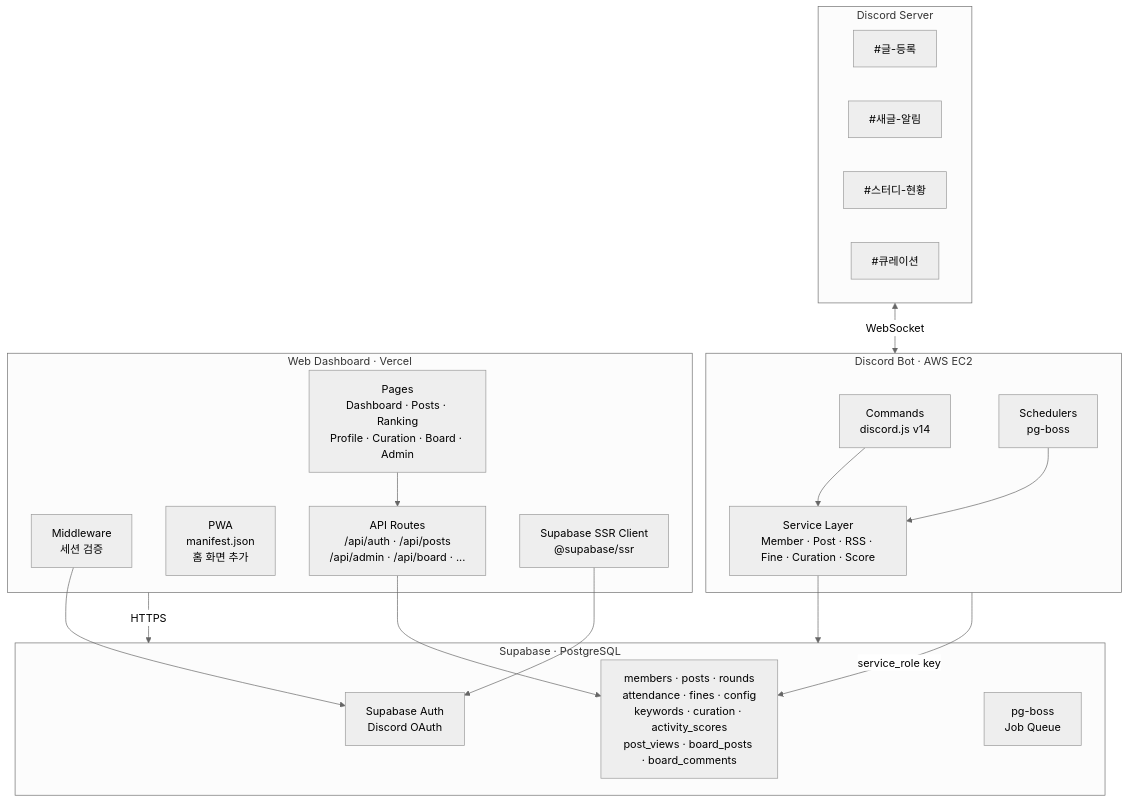
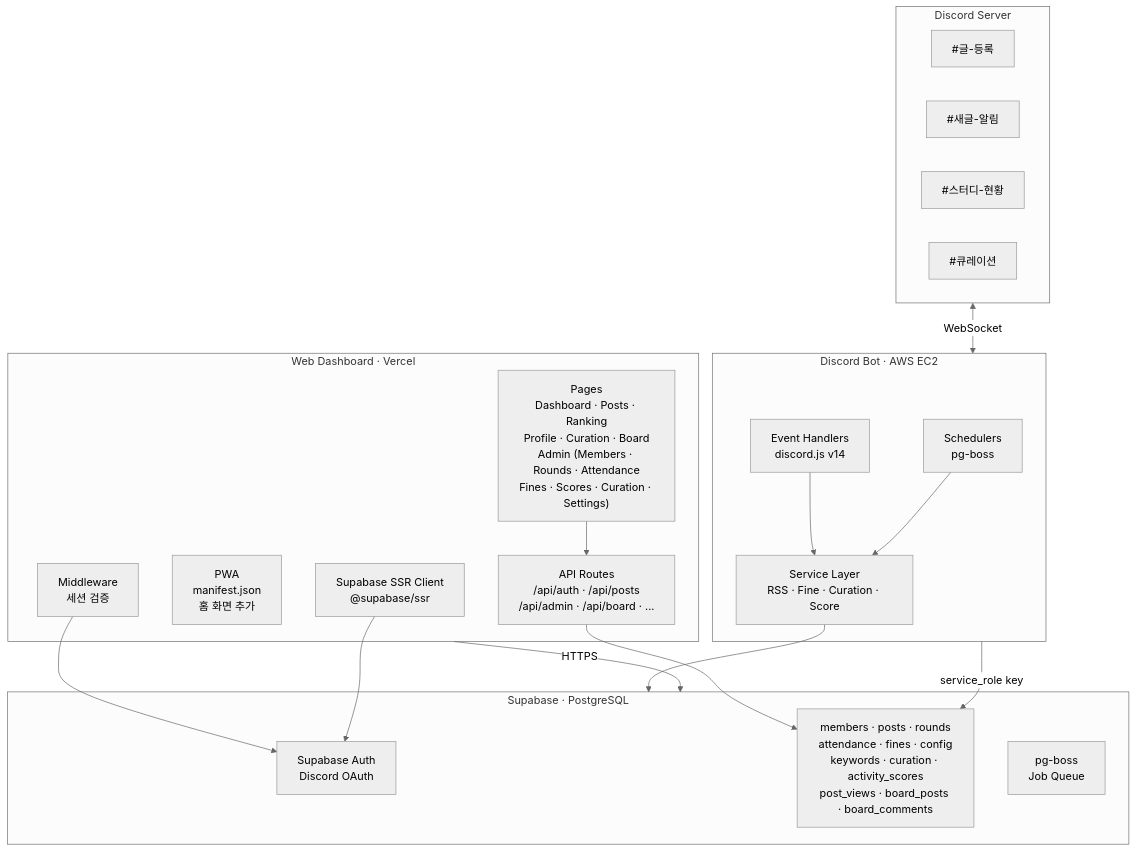
One commit to bbbang105/study-admin changed the first of 9 diagrams in docs/ARCHITECTURE.md. Above: the diagram before and after it, drawn with Mermaid (neutral theme). The commit also changed other lines of this file and 41 other files, not shown here.

````diff
--- a/docs/ARCHITECTURE.md
+++ b/docs/ARCHITECTURE.md
@@ -9,41 +9,41 @@
 ```mermaid
 graph TB
     subgraph Discord["Discord Server"]
         CH1["#글-등록"]
         CH2["#새글-알림"]
         CH3["#스터디-현황"]
         CH4["#큐레이션"]
     end
 
     subgraph Bot["Discord Bot · AWS EC2"]
-        CMD["Commands<br/>discord.js v14"]
         SCH["Schedulers<br/>pg-boss"]
-        SVC["Service Layer<br/>Member · Post · RSS · Fine · Curation · Score"]
+        EVT["Event Handlers<br/>discord.js v14"]
+        SVC["Service Layer<br/>RSS · Fine · Curation · Score"]
     end
 
     subgraph DB["Supabase · PostgreSQL"]
         AUTH["Supabase Auth<br/>Discord OAuth"]
         TABLES["members · posts · rounds<br/>attendance · fines · config<br/>keywords · curation · activity_scores<br/>post_views · board_posts · board_comments"]
         PGBOSS["pg-boss<br/>Job Queue"]
     end
 
     subgraph Web["Web Dashboard · Vercel"]
         MW["Middleware<br/>세션 검증"]
-        PAGES["Pages<br/>Dashboard · Posts · Ranking<br/>Profile · Curation · Board · Admin"]
+        PAGES["Pages<br/>Dashboard · Posts · Ranking<br/>Profile · Curation · Board<br/>Admin (Members · Rounds · Attendance<br/>Fines · Scores · Curation · Settings)"]
         PWA["PWA<br/>manifest.json<br/>홈 화면 추가"]
         API["API Routes<br/>/api/auth · /api/posts<br/>/api/admin · /api/board · ..."]
         SUPA_CLIENT["Supabase SSR Client<br/>@supabase/ssr"]
     end
 
     Discord <-->|WebSocket| Bot
-    CMD --> SVC
+    EVT --> SVC
     SCH --> SVC
     SVC --> DB
     Bot -->|service_role key| TABLES
 
     Web -->|HTTPS| DB
     MW --> AUTH
     SUPA_CLIENT --> AUTH
     API --> TABLES
     PAGES --> API
 ```
````
